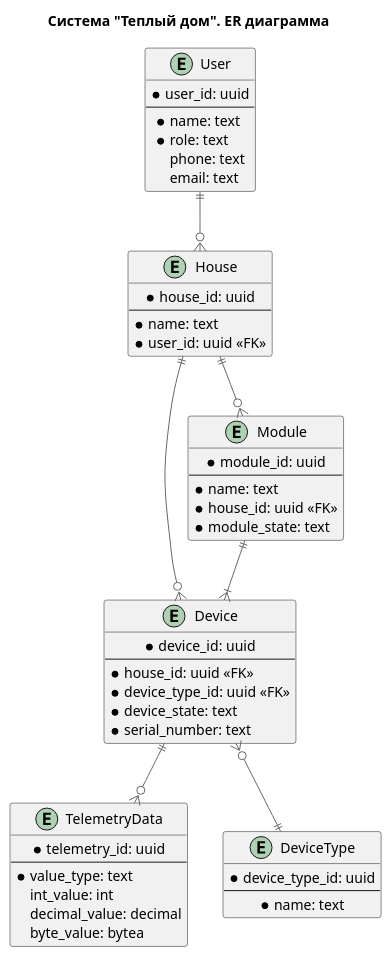
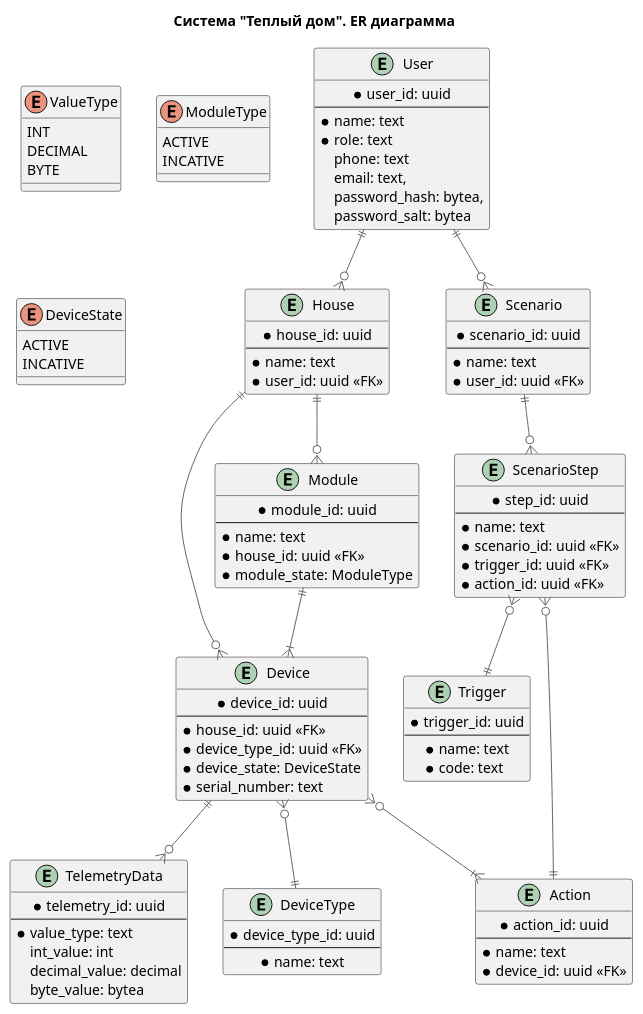
The diagram in part1/ER.puml (AlexVolkow/architecture-sprint-3), drawn with PlantUML before and after one commit. The commit also changed 7 other files, not shown here.

```diff
--- a/part1/ER.puml
+++ b/part1/ER.puml
@@ -1,64 +1,119 @@
 @startuml
 title Система "Теплый дом". ER диаграмма
 
 top to bottom direction
 
 !includeurl https://raw.githubusercontent.com/RicardoNiepel/C4-PlantUML/master/C4_Component.puml
 
 
+
 entity Device {
     *device_id: uuid
     --
     *house_id: uuid <<FK>>
     *device_type_id: uuid <<FK>>
-    *device_state: text
+    *device_state: DeviceState
     *serial_number: text
 }
 
 entity TelemetryData  {
     *telemetry_id: uuid
     --
     *value_type: text
     int_value: int
     decimal_value: decimal
     byte_value: bytea
 }
 
 entity User {
     *user_id: uuid
     --
     *name: text
     *role: text
     phone: text
-    email: text
+    email: text,
+    password_hash: bytea,
+    password_salt: bytea
 }
 
 entity House {
     *house_id: uuid
     --
     *name: text
     *user_id: uuid <<FK>>
 }
 
 entity Module {
     *module_id: uuid
     --
     *name: text
     *house_id: uuid <<FK>>
-    *module_state: text
+    *module_state: ModuleType
 }
 
 entity DeviceType {
-  *device_type_id: uuid
-  --
-  *name: text
+    *device_type_id: uuid
+    --
+    *name: text
+}
+
+
+entity Scenario {
+    *scenario_id: uuid
+    --
+    *name: text
+    *user_id: uuid <<FK>>
+}
+
+entity ScenarioStep {
+    *step_id: uuid
+    --
+    *name: text
+    *scenario_id: uuid <<FK>>
+    *trigger_id: uuid <<FK>>
+    *action_id: uuid <<FK>>
+}
+
+entity Trigger {
+    *trigger_id: uuid
+    --
+    *name: text
+    *code: text
+}
+
+entity Action {
+    *action_id: uuid
+    --
+    *name: text
+    *device_id: uuid <<FK>>
+}
+
+enum ValueType {
+    INT
+    DECIMAL
+    BYTE
+}
+
+enum ModuleType {
+    ACTIVE
+    INCATIVE
+}
+
+enum DeviceState {
+    ACTIVE
+    INCATIVE
 }
 
 User ||--o{ House
+User ||--o{ Scenario
 House ||--o{ Device
 Device ||--o{ TelemetryData
 Module ||--|{ Device
 House ||--o{ Module
 Device }o--|| DeviceType
+Scenario ||--o{ ScenarioStep
+ScenarioStep }o--|| Trigger
+ScenarioStep }o--|| Action
+Device }o--|{ Action
 
-@enduml 
+@enduml
```
